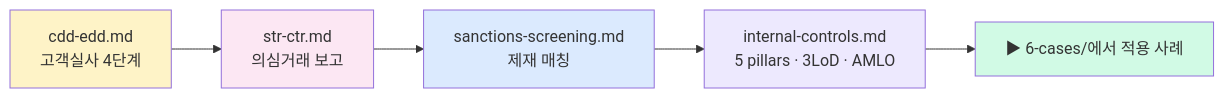
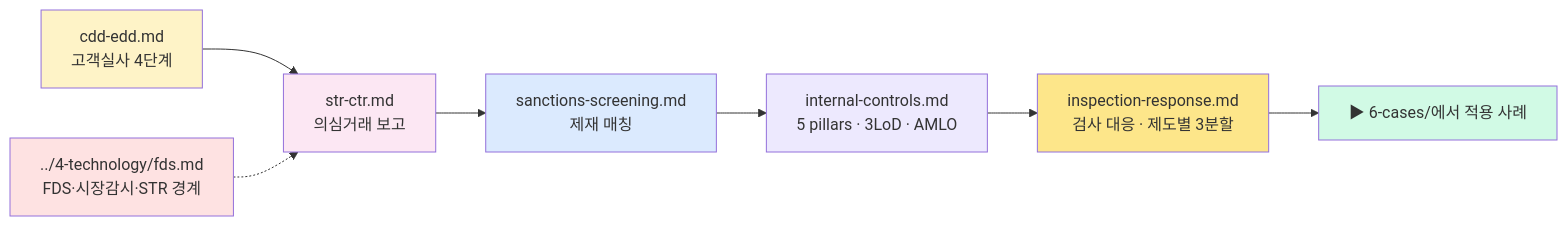
Before and after one commit to lala-david/aml-notes: the diagram in notes/5-compliance/README.md, drawn with Mermaid. The commit also changed other lines of this file and 379 other files, not shown here.

First line of the commit message:
notes,kb,en,deep,charts: 2026-10-21 기준 정정 46건 반영 — 출처 없는 수치를 걷어내고 다이어그램을 다시 그림

````diff
--- a/notes/5-compliance/README.md
+++ b/notes/5-compliance/README.md
@@ -13,13 +13,17 @@
 ```mermaid
 flowchart LR
     A[cdd-edd.md<br/>고객실사 4단계] --> B[str-ctr.md<br/>의심거래 보고]
     B --> C[sanctions-screening.md<br/>제재 매칭]
     C --> D[internal-controls.md<br/>5 pillars · 3LoD · AMLO]
-    D --> Next[▶ 6-cases/에서 적용 사례]
+    D --> E[inspection-response.md<br/>검사 대응 · 제도별 3분할]
+    E --> Next[▶ 6-cases/에서 적용 사례]
+    FDS["../4-technology/fds.md<br/>FDS·시장감시·STR 경계"] -.-> B
 
     style A fill:#fef3c7
     style B fill:#fce7f3
     style C fill:#dbeafe
     style D fill:#ede9fe
+    style E fill:#fde68a
+    style FDS fill:#fee2e2
     style Next fill:#d1fae5
 ```
````
